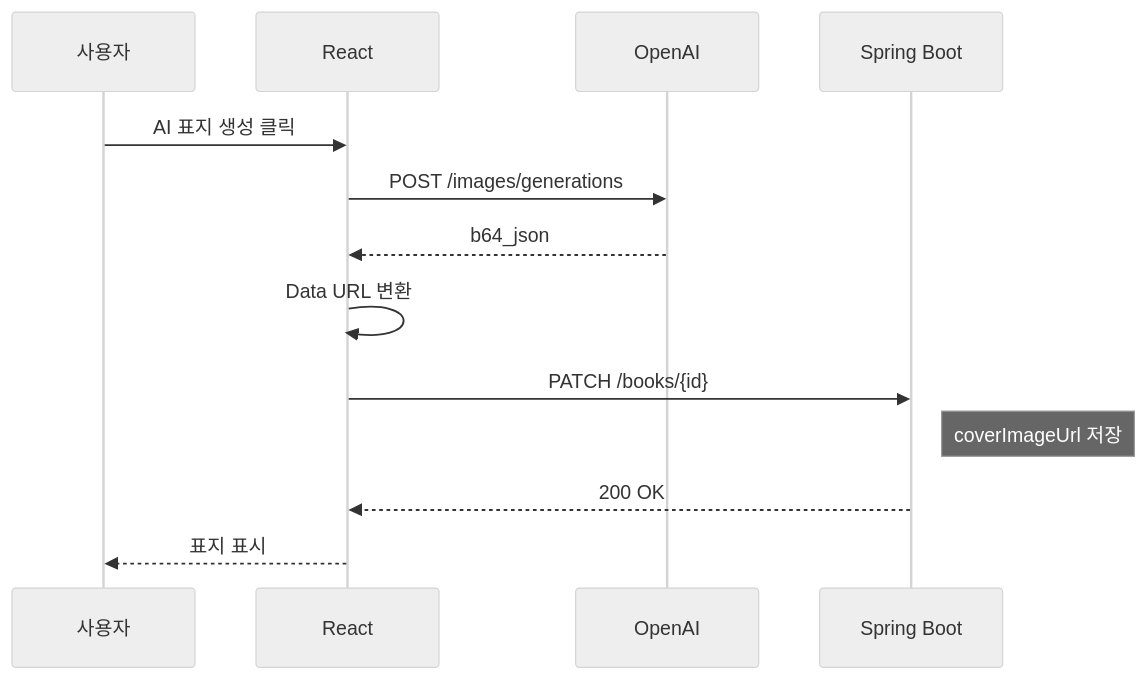
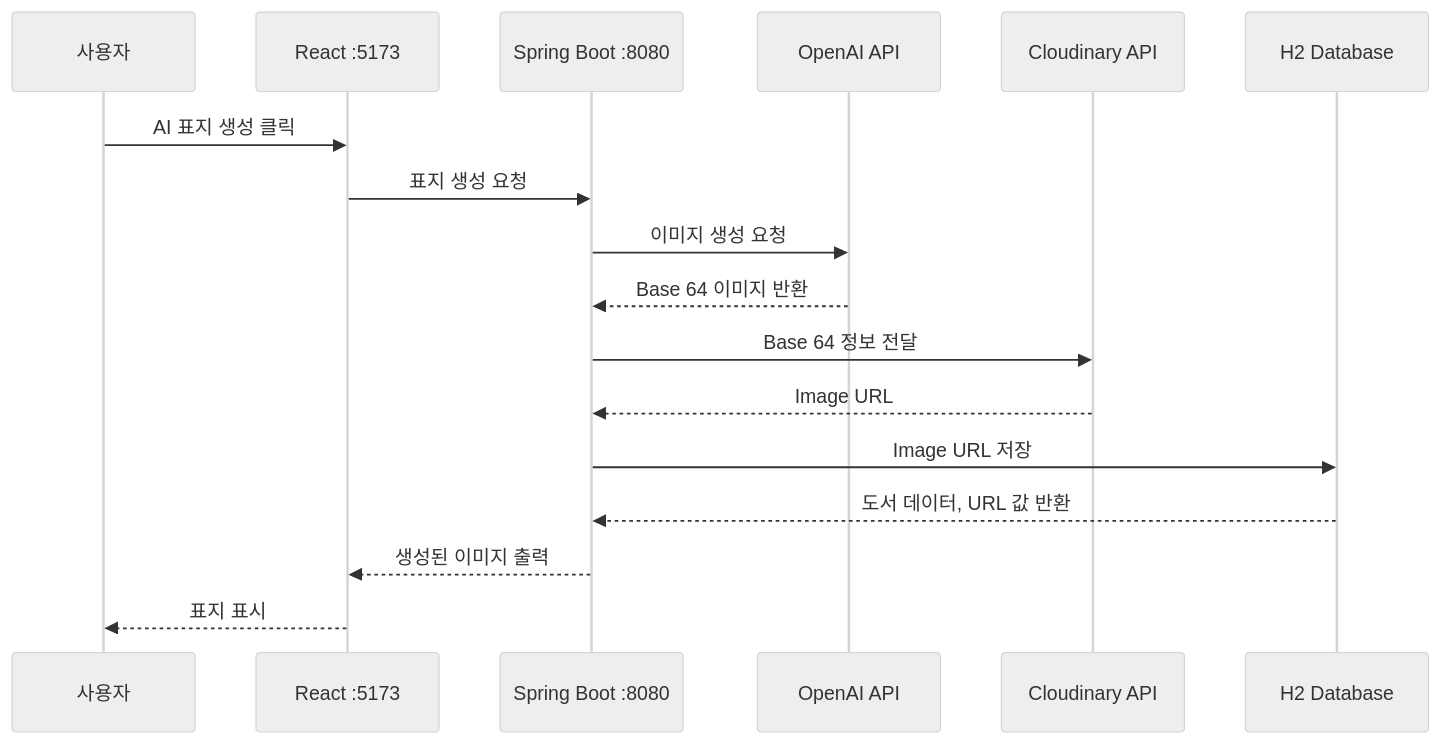
The fourth of 4 diagrams in README.md (minwook-Kang/booksBackend), drawn with Mermaid (neutral theme) before and after one commit. The commit also changed other lines of this file, not shown here.

````diff
--- a/README.md
+++ b/README.md
@@ -137,16 +258,20 @@
 ```mermaid
 sequenceDiagram
     participant U as 사용자
-    participant R as React
-    participant O as OpenAI
-    participant S as Spring Boot
+    participant R as React :5173
+    participant S as Spring Boot :8080
+    participant O as OpenAI API
+    participant C as Cloudinary API
+    participant H2 as H2 Database
 
     U->>R: AI 표지 생성 클릭
-    R->>O: POST /images/generations
-    O-->>R: b64_json
-    R->>R: Data URL 변환
-    R->>S: PATCH /books/{id}
-    Note right of S: coverImageUrl 저장
-    S-->>R: 200 OK
+    R->>S: 표지 생성 요청
+    S->>O: 이미지 생성 요청
+    O-->>S: Base 64 이미지 반환
+    S->>C: Base 64 정보 전달
+    C-->>S: Image URL
+    S->>H2: Image URL 저장
+    H2-->>S: 도서 데이터, URL 값 반환
+    S-->>R: 생성된 이미지 출력
     R-->>U: 표지 표시
 ```
````
